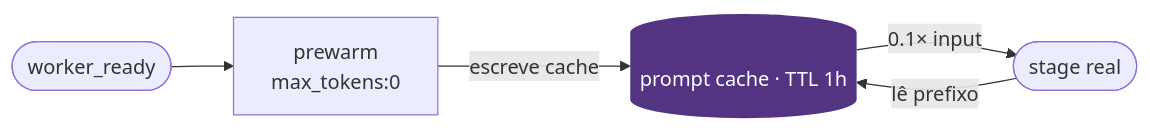
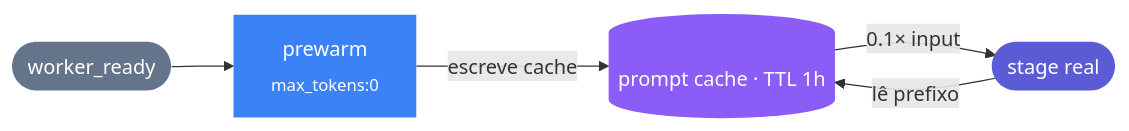
One commit to myselfgus/m changed the tenth of 13 diagrams in README.md. Above: the diagram before and after it, drawn with Mermaid. The commit also changed other lines of this file, not shown here.

First line of the commit message:
docs(readme): re-tematiza mermaids no design system + assistente, perfil, elevação

````diff
--- a/README.md
+++ b/README.md
@@ -321,8 +408,12 @@
 ```mermaid
+%%{init: {'theme':'base','themeVariables':{'fontFamily':'-apple-system,BlinkMacSystemFont,"SF Pro Text","Helvetica Neue",Arial,sans-serif','fontSize':'14px','primaryColor':'#EEF2F7','primaryTextColor':'#1C2533','lineColor':'#64748B'}}}%%
 flowchart LR
-    BOOT([worker_ready]) --> PW["prewarm<br/>max_tokens:0"]
-    PW -->|escreve cache| C[("prompt cache · TTL 1h")]
-    JOB([stage real]) -->|lê prefixo| C
+    BOOT([worker_ready]):::stt --> PW["prewarm<br/><sub>max_tokens:0</sub>"]:::proc
+    PW -->|escreve cache| C[("prompt cache · TTL 1h")]:::cache
+    JOB([stage real]):::asl -->|lê prefixo| C
     C -->|"0.1× input"| JOB
-    style C fill:#533483,color:#fff,stroke:none
+    classDef stt fill:#64748B,color:#fff,stroke:none
+    classDef proc fill:#3B82F6,color:#fff,stroke:none
+    classDef asl fill:#5B5BD6,color:#fff,stroke:none
+    classDef cache fill:#8B5CF6,color:#fff,stroke:none
 ```
````
